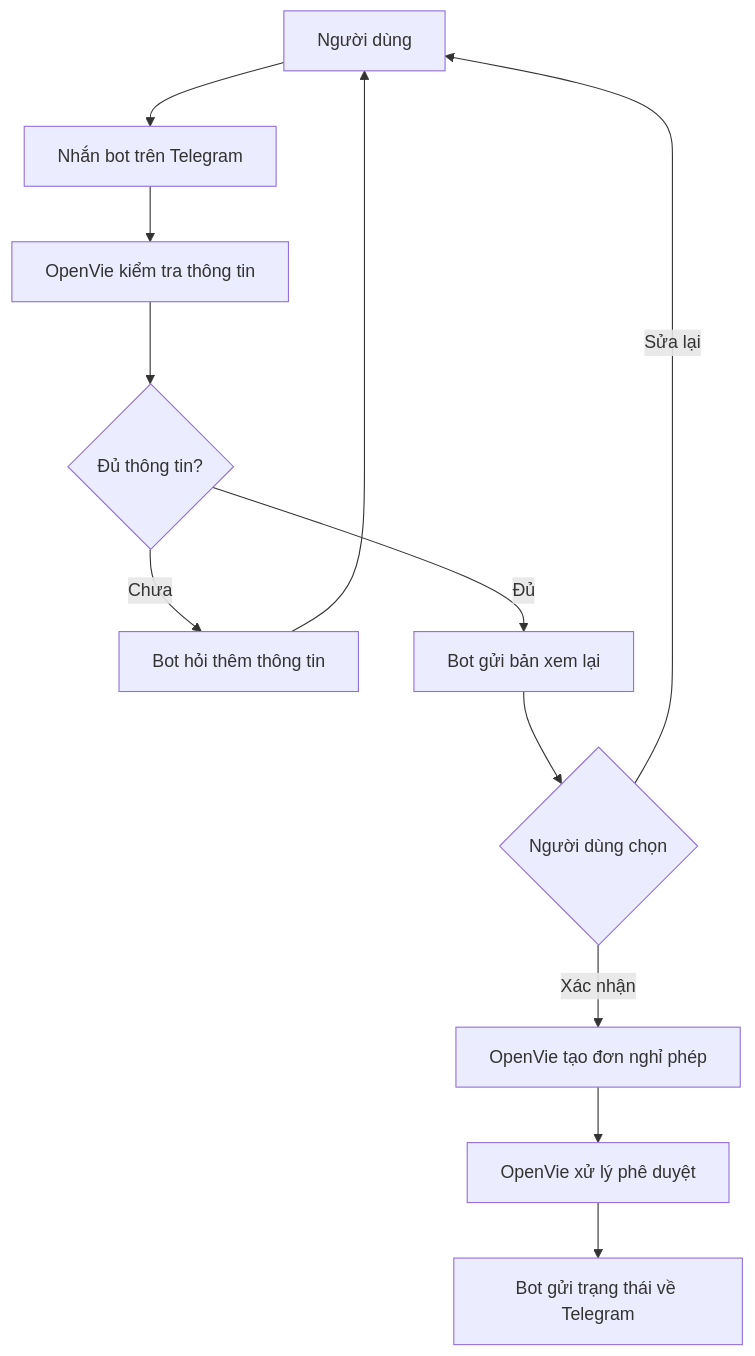
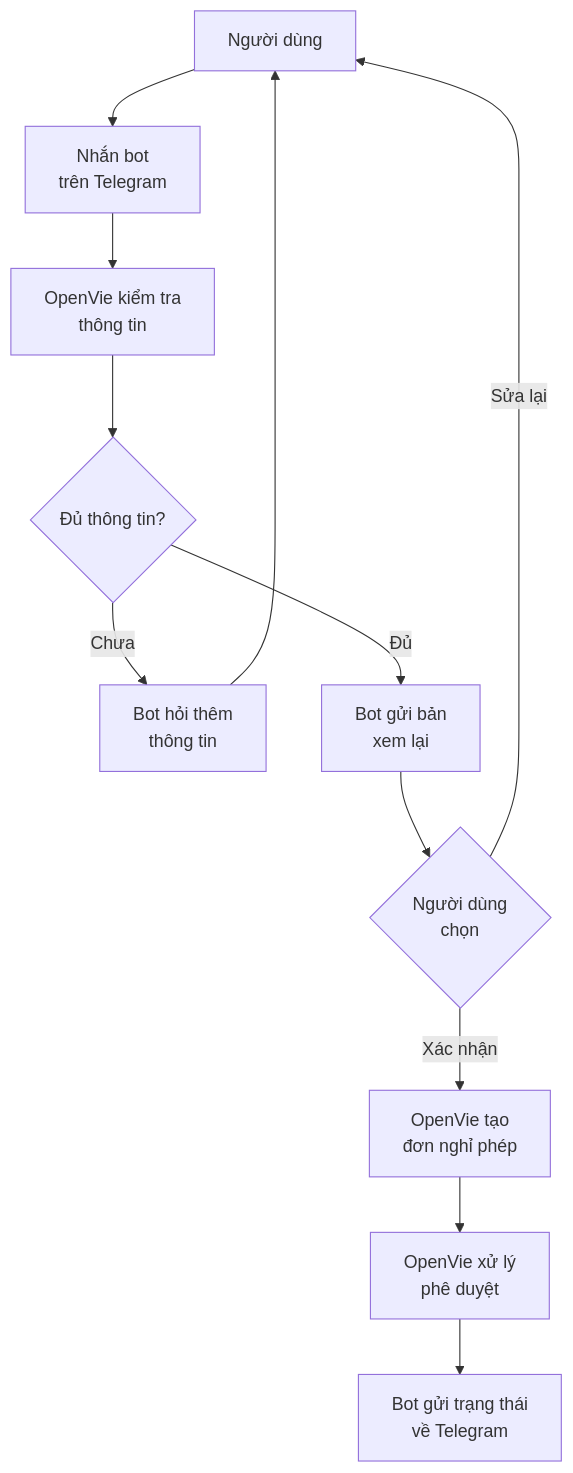
One commit to OpenVie/openvie-telegram-leave-bot changed the first of 2 diagrams in README.md. Above: the diagram before and after it, drawn with Mermaid. The commit also changed other lines of this file, not shown here.

Commit message:
docs: wrap request flow labels

````diff
--- a/README.md
+++ b/README.md
@@ -85,14 +85,14 @@
 ```mermaid
 flowchart TD
-    user[Người dùng] --> telegram[Nhắn bot trên Telegram]
-    telegram --> chat[OpenVie kiểm tra thông tin]
+    user[Người dùng] --> telegram[Nhắn bot<br/>trên Telegram]
+    telegram --> chat[OpenVie kiểm tra<br/>thông tin]
     chat --> complete{Đủ thông tin?}
-    complete -- Chưa --> ask[Bot hỏi thêm thông tin]
+    complete -- Chưa --> ask[Bot hỏi thêm<br/>thông tin]
     ask --> user
-    complete -- Đủ --> preview[Bot gửi bản xem lại]
-    preview --> choice{Người dùng chọn}
+    complete -- Đủ --> preview[Bot gửi bản<br/>xem lại]
+    preview --> choice{Người dùng<br/>chọn}
     choice -- Sửa lại --> user
-    choice -- Xác nhận --> request[OpenVie tạo đơn nghỉ phép]
-    request --> approval[OpenVie xử lý phê duyệt]
-    approval --> notification[Bot gửi trạng thái về Telegram]
+    choice -- Xác nhận --> request[OpenVie tạo<br/>đơn nghỉ phép]
+    request --> approval[OpenVie xử lý<br/>phê duyệt]
+    approval --> notification[Bot gửi trạng thái<br/>về Telegram]
 ```
````
